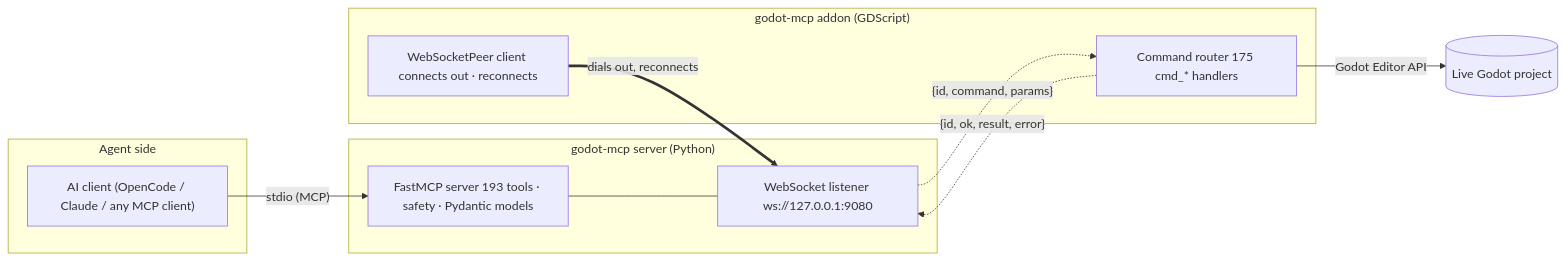
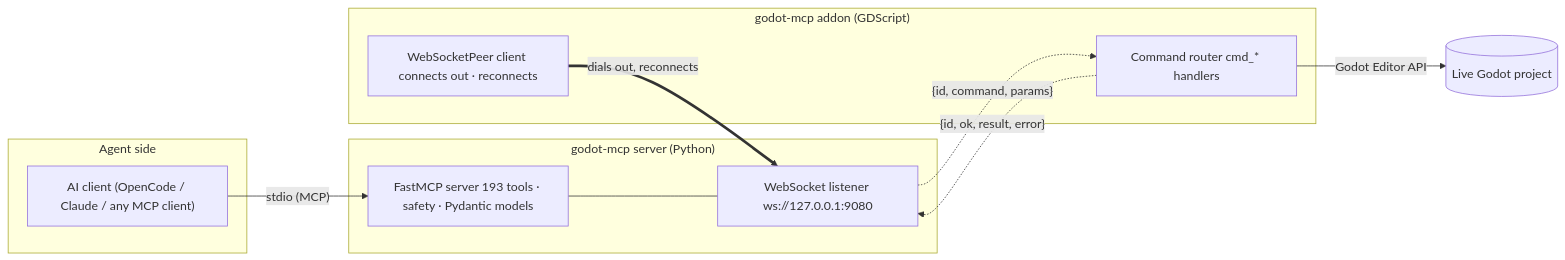
One commit to hybridindie/godot-mcp changed the diagram in docs/site/architecture/index.md. Above: the diagram before and after it, drawn with Mermaid. The commit also changed other lines of this file and 6 other files, not shown here.

First line of the commit message:
docs(site): add a "Godot addon" architecture section; tidy repo + stale docs (#619)

````diff
--- a/docs/site/architecture/index.md
+++ b/docs/site/architecture/index.md
@@ -14,21 +14,21 @@
 ```mermaid
 flowchart LR
     subgraph client["Agent side"]
         AI["AI client (OpenCode / Claude / any MCP client)"]
     end
     subgraph server["godot-mcp server (Python)"]
         SRV["FastMCP server 193 tools · safety · Pydantic models"]
         BR["WebSocket listener ws://127.0.0.1:9080"]
     end
     subgraph addon["godot-mcp addon (GDScript)"]
         WS["WebSocketPeer client connects out · reconnects"]
-        RT["Command router 175 cmd_* handlers"]
+        RT["Command router cmd_* handlers"]
     end
     ED[("Live Godot project")]
     AI -->|"stdio (MCP)"| SRV
     SRV --- BR
     WS ==>|"dials out, reconnects"| BR
     BR -.->|"{id, command, params}"| RT
     RT -->|"Godot Editor API"| ED
     RT -.->|"{id, ok, result, error}"| BR
 ```
````
